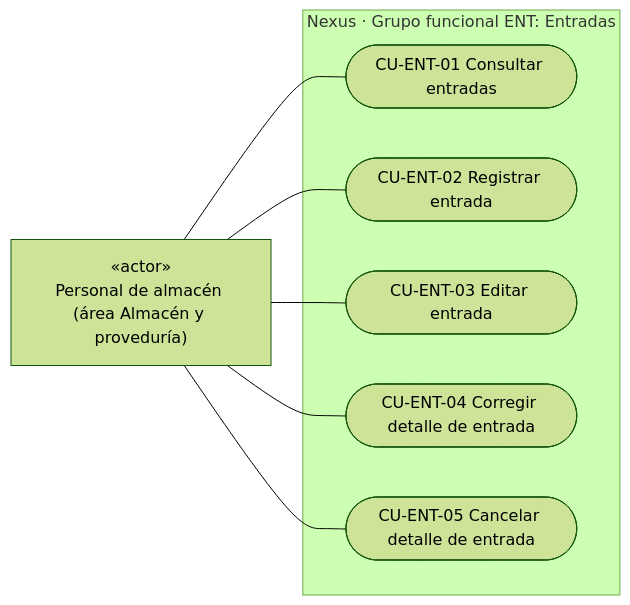
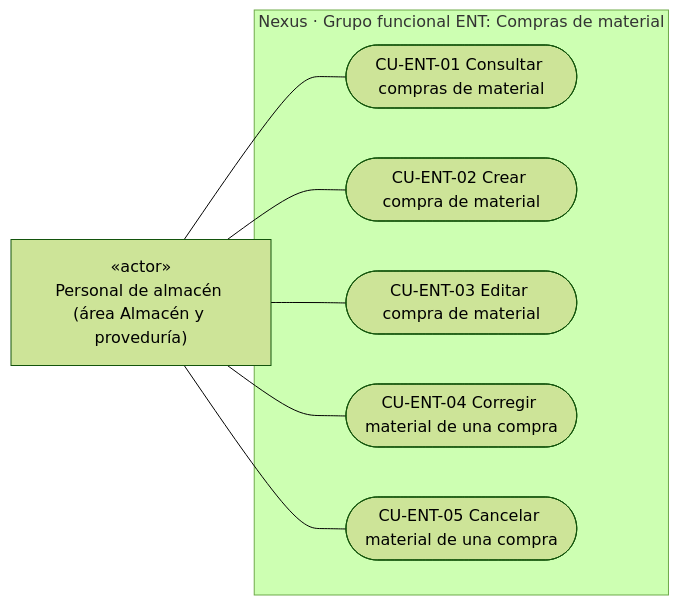
One commit to gpgsistemas01/nexus changed the fourth of 7 diagrams in docs/requirements/domain-and-use-cases.md. Above: the diagram before and after it, drawn with Mermaid (forest theme). The commit also changed other lines of this file and 5 other files, not shown here.

````diff
--- a/docs/requirements/domain-and-use-cases.md
+++ b/docs/requirements/domain-and-use-cases.md
@@ -126,18 +189,18 @@
 ```mermaid
 flowchart LR
     warehouse["«actor»<br/>Personal de almacén (área Almacén y proveduría)"]
 
-    subgraph receiptPackage["Nexus · Grupo funcional ENT: Entradas"]
-        ucReceiptQuery(["CU-ENT-01 Consultar entradas"])
-        ucReceiptCreate(["CU-ENT-02 Registrar entrada"])
-        ucReceiptEdit(["CU-ENT-03 Editar entrada"])
-        ucReceiptCorrect(["CU-ENT-04 Corregir detalle de entrada"])
-        ucReceiptCancel(["CU-ENT-05 Cancelar detalle de entrada"])
+    subgraph receiptPackage["Nexus · Grupo funcional ENT: Compras de material"]
+        ucReceiptQuery(["CU-ENT-01 Consultar compras de material"])
+        ucReceiptCreate(["CU-ENT-02 Crear compra de material"])
+        ucReceiptEdit(["CU-ENT-03 Editar compra de material"])
+        ucReceiptCorrect(["CU-ENT-04 Corregir material de una compra"])
+        ucReceiptCancel(["CU-ENT-05 Cancelar material de una compra"])
     end
 
     warehouse --- ucReceiptQuery
     warehouse --- ucReceiptCreate
     warehouse --- ucReceiptEdit
     warehouse --- ucReceiptCorrect
     warehouse --- ucReceiptCancel
 ```
````
